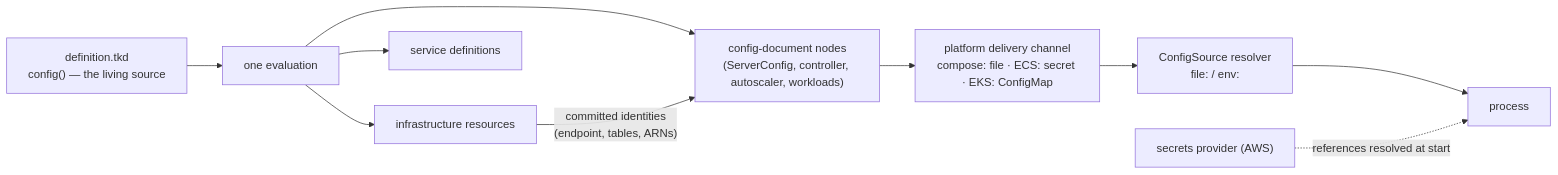
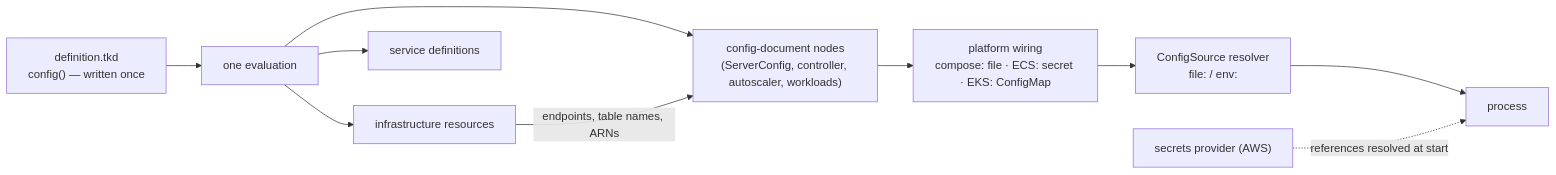
The diagram in .kiro/specs/platform-config-dsl/proposals/005-configuration-model.md (tokeira/tokeira), drawn with Mermaid before and after one commit. The commit also changed other lines of this file, not shown here.

First line of the commit message:
spec(platform-config-dsl): 005 — kind placement and the plain-language pass

````diff
--- a/.kiro/specs/platform-config-dsl/proposals/005-configuration-model.md
+++ b/.kiro/specs/platform-config-dsl/proposals/005-configuration-model.md
@@ -53,12 +53,12 @@
 ```mermaid
 flowchart LR
-    TKD["definition.tkd<br/>config() — the living source"] --> Eval["one evaluation"]
+    TKD["definition.tkd<br/>config() — written once"] --> Eval["one evaluation"]
     Eval --> Infra["infrastructure resources"]
     Eval --> Svc["service definitions"]
     Eval --> Node["config-document nodes<br/>(ServerConfig, controller, autoscaler, workloads)"]
-    Infra -- "committed identities<br/>(endpoint, tables, ARNs)" --> Node
-    Node --> Channel["platform delivery channel<br/>compose: file · ECS: secret · EKS: ConfigMap"]
+    Infra -- "endpoints, table names, ARNs" --> Node
+    Node --> Channel["platform wiring<br/>compose: file · ECS: secret · EKS: ConfigMap"]
     Channel --> Resolver["ConfigSource resolver<br/>file: / env:"]
     Resolver --> Proc["process"]
     SecretsP["secrets provider (AWS)"] -. "references resolved at start" .-> Proc
 ```
````
